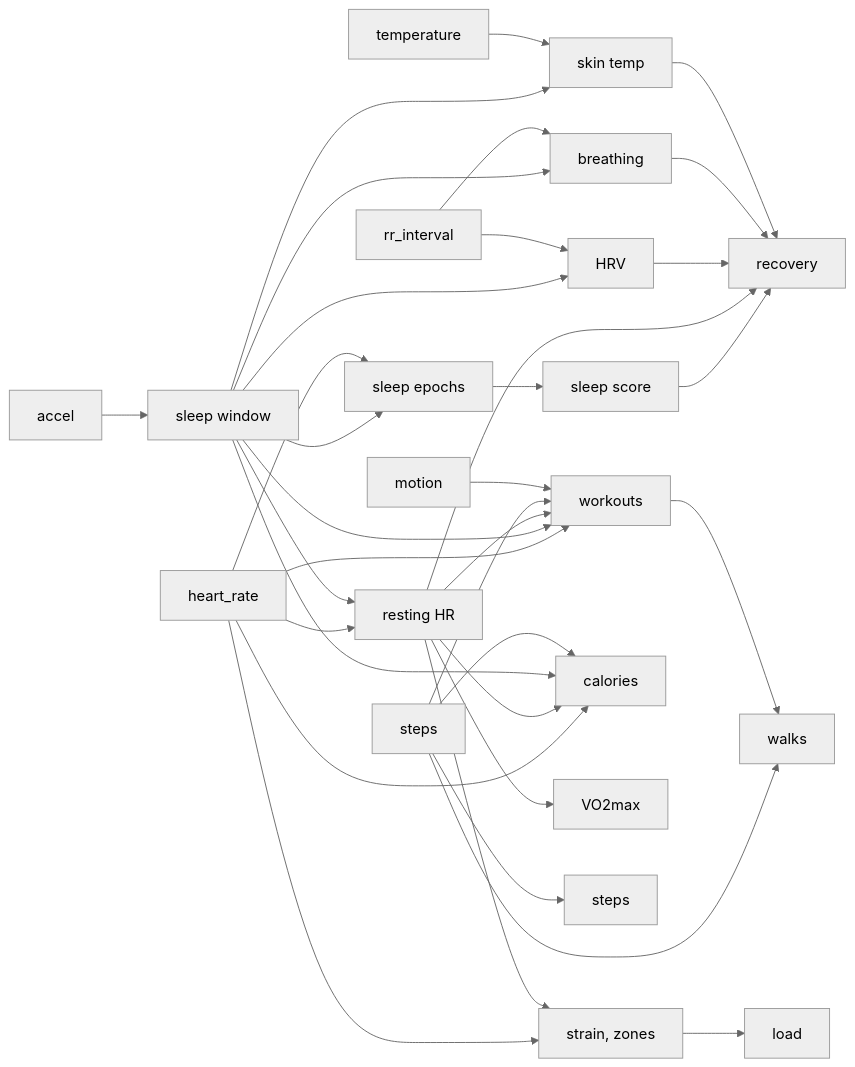
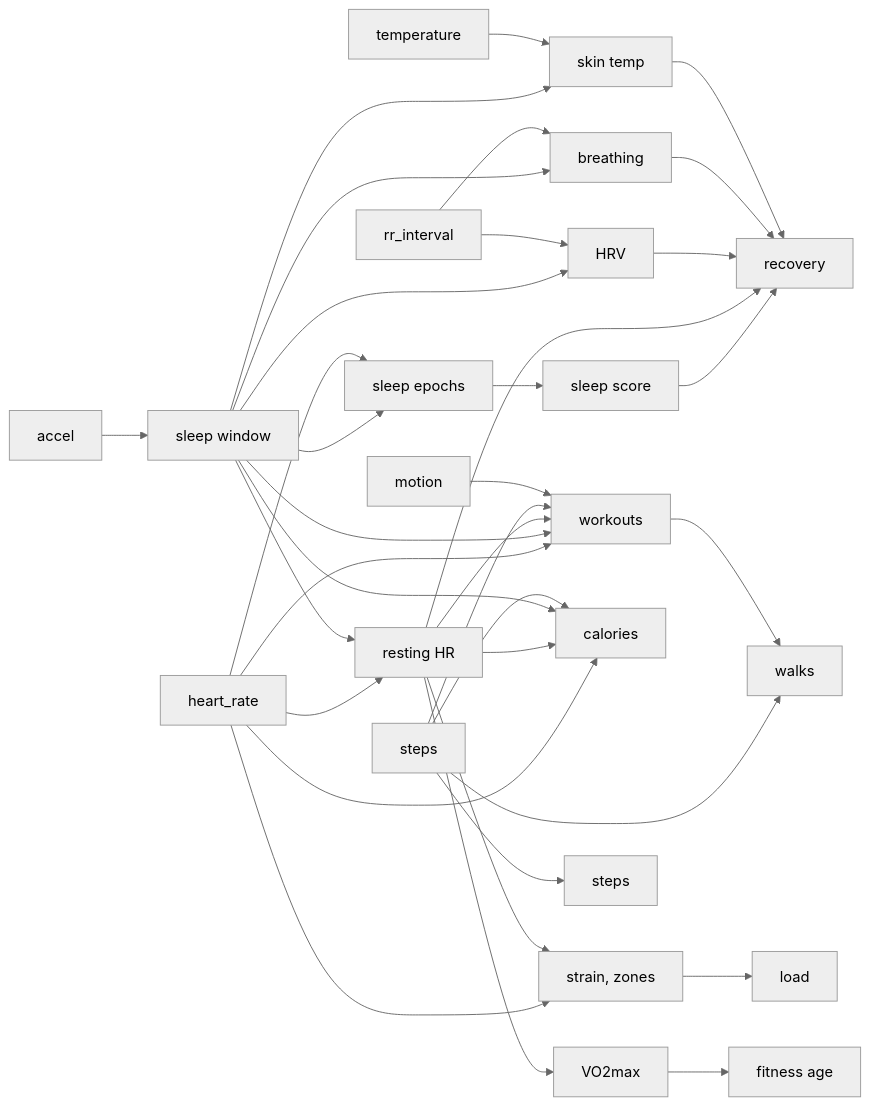
The diagram in docs/health-metrics.md (pkrshnan/dashboardify), drawn with Mermaid (neutral theme) before and after one commit. The commit also changed other lines of this file and 8 other files, not shown here.

First line of the commit message:
Fitness age from VO2max (H6)

````diff
--- a/docs/health-metrics.md
+++ b/docs/health-metrics.md
@@ -9,16 +9,16 @@
 ```mermaid
 flowchart LR
   A[accel] --> S[sleep window] --> E[sleep epochs] --> SS[sleep score] --> REC[recovery]
   HR[heart_rate] --> E & R[resting HR] & ST[strain, zones] & W[workouts]
   S --> R & H[HRV] & B[breathing] & T[skin temp] & W
   RR[rr_interval] --> H & B
   TMP[temperature] --> T
   R & H & B & T --> REC
   R --> ST & W
   ST --> L[load]
   HR & R & S --> CAL[calories]
-  R --> V[VO2max]
+  R --> V[VO2max] --> FA[fitness age]
   STP[steps] --> STEPS[steps] & W & WK[walks] & CAL
   MOT[motion] --> W
   W --> WK
 ```
````
